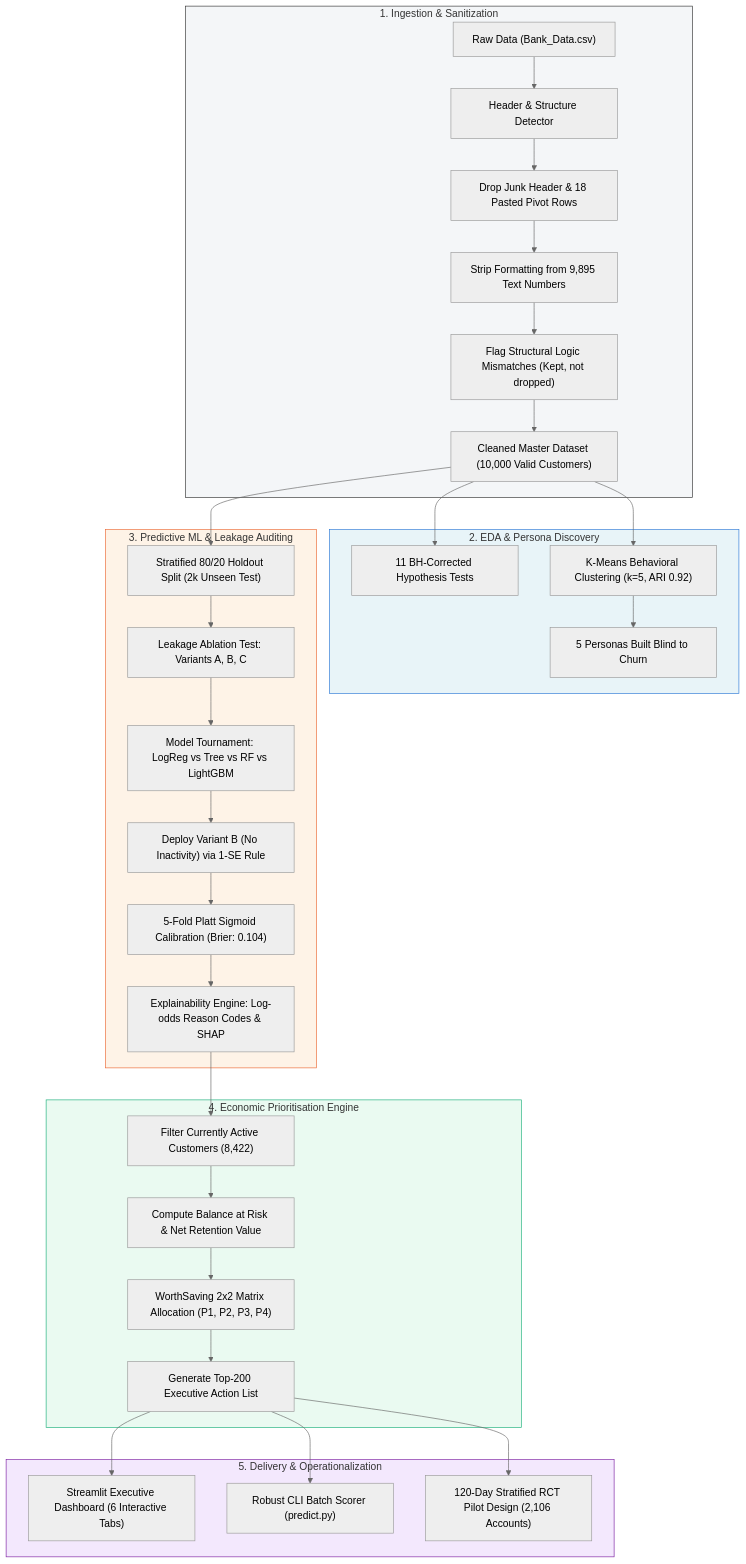
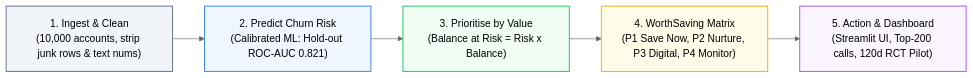
One commit to MonikaBuilds/RetainIQ changed the diagram in README.md. Above: the diagram before and after it, drawn with Mermaid (neutral theme). The commit also changed other lines of this file, not shown here.

````diff
--- a/README.md
+++ b/README.md
@@ -71,44 +35,13 @@
 ```mermaid
-flowchart TD
-    subgraph INGESTION ["1. Ingestion & Sanitization"]
-        A["Raw Data (Bank_Data.csv)"] --> B["Header & Structure Detector"]
-        B --> C["Drop Junk Header & 18 Pasted Pivot Rows"]
-        C --> D["Strip Formatting from 9,895 Text Numbers"]
-        D --> E["Flag Structural Logic Mismatches (Kept, not dropped)"]
-        E --> F["Cleaned Master Dataset (10,000 Valid Customers)"]
-    end
+flowchart LR
+    A["1. Ingest & Clean<br/>(10,000 accounts, strip junk rows & text nums)"] --> B["2. Predict Churn Risk<br/>(Calibrated ML: Hold-out ROC-AUC 0.821)"]
+    B --> C["3. Prioritise by Value<br/>(Balance at Risk = Risk x Balance)"]
+    C --> D["4. WorthSaving Matrix<br/>(P1 Save Now, P2 Nurture, P3 Digital, P4 Monitor)"]
+    D --> E["5. Action & Dashboard<br/>(Streamlit UI, Top-200 calls, 120d RCT Pilot)"]
 
-    subgraph EXPLORATION ["2. EDA & Persona Discovery"]
-        F --> G["11 BH-Corrected Hypothesis Tests"]
-        F --> H["K-Means Behavioral Clustering (k=5, ARI 0.92)"]
-        H --> I["5 Personas Built Blind to Churn"]
-    end
-
-    subgraph MODELING ["3. Predictive ML & Leakage Auditing"]
-        F --> J["Stratified 80/20 Holdout Split (2k Unseen Test)"]
-        J --> K["Leakage Ablation Test: Variants A, B, C"]
-        K --> L["Model Tournament: LogReg vs Tree vs RF vs LightGBM"]
-        L --> M["Deploy Variant B (No Inactivity) via 1-SE Rule"]
-        M --> N["5-Fold Platt Sigmoid Calibration (Brier: 0.104)"]
-        N --> O["Explainability Engine: Log-odds Reason Codes & SHAP"]
-    end
-
-    subgraph PRIORITISATION ["4. Economic Prioritisation Engine"]
-        O --> P["Filter Currently Active Customers (8,422)"]
-        P --> Q["Compute Balance at Risk & Net Retention Value"]
-        Q --> R["WorthSaving 2x2 Matrix Allocation (P1, P2, P3, P4)"]
-        R --> S["Generate Top-200 Executive Action List"]
-    end
-
-    subgraph DELIVERY ["5. Delivery & Operationalization"]
-        S --> T["Streamlit Executive Dashboard (6 Interactive Tabs)"]
-        S --> U["Robust CLI Batch Scorer (predict.py)"]
-        S --> V["120-Day Stratified RCT Pilot Design (2,106 Accounts)"]
-    end
-
-    style INGESTION fill:#f4f6f8,stroke:#333,stroke-width:1px
-    style EXPLORATION fill:#e8f4f8,stroke:#2a78d6,stroke-width:1px
-    style MODELING fill:#fef3e7,stroke:#eb6834,stroke-width:1px
-    style PRIORITISATION fill:#eafaf1,stroke:#1baf7a,stroke-width:1px
-    style DELIVERY fill:#f3e8fd,stroke:#7b1fa2,stroke-width:1px
+    style A fill:#f1f5f9,stroke:#64748b,stroke-width:1.5px
+    style B fill:#eff6ff,stroke:#3b82f6,stroke-width:1.5px
+    style C fill:#f0fdf4,stroke:#22c55e,stroke-width:1.5px
+    style D fill:#fefce8,stroke:#eab308,stroke-width:1.5px
+    style E fill:#faf5ff,stroke:#a855f7,stroke-width:1.5px
 ```
````
